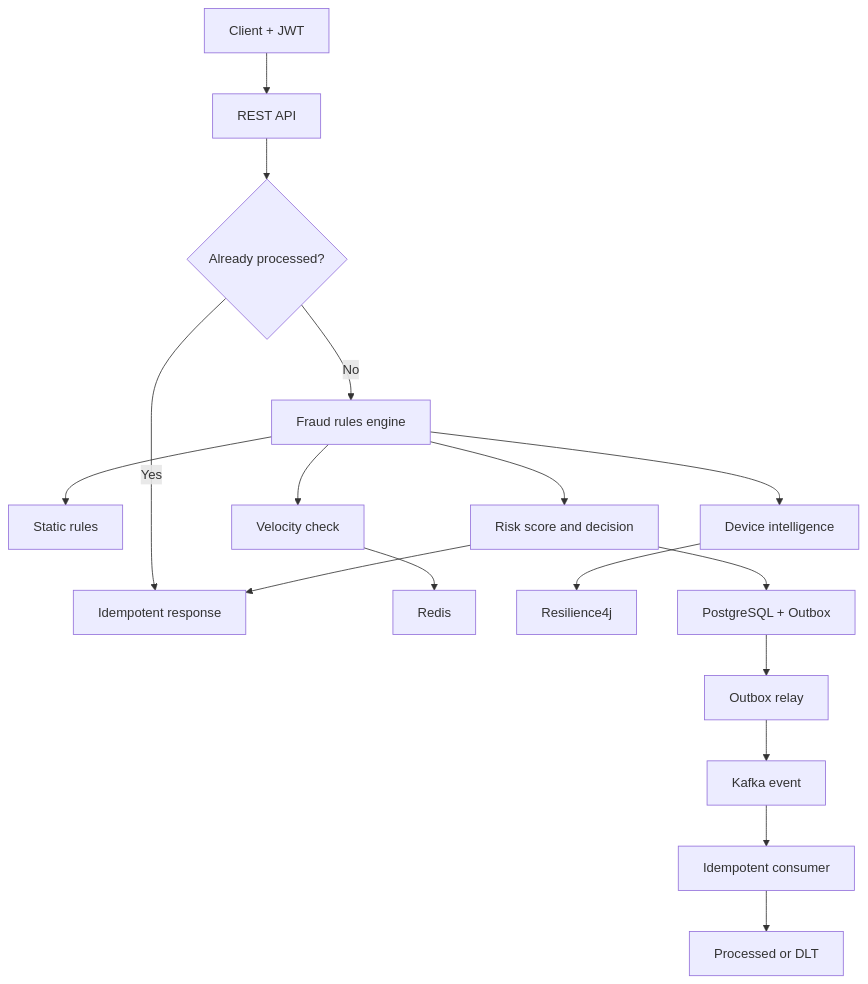
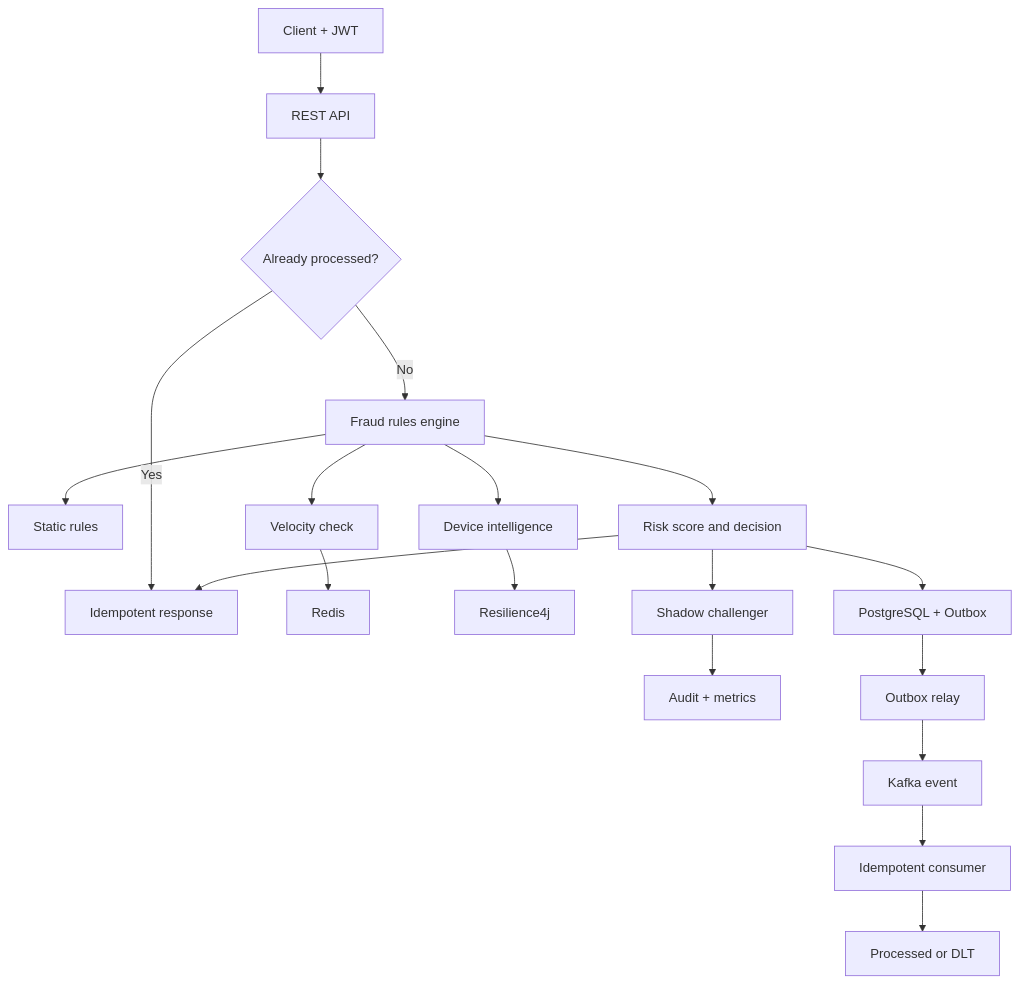
The diagram in README.md (juceliocoelho2022/sentinelfraud-platform), drawn with Mermaid before and after one commit. The commit also changed other lines of this file and 13 other files, not shown here.

Commit message:
feat: add champion challenger shadow evaluation

````diff
--- a/README.md
+++ b/README.md
@@ -56,19 +57,21 @@
 ```mermaid
 flowchart TD
     A["Client + JWT"] --> B["REST API"]
     B --> C{"Already processed?"}
     C -->|Yes| D["Idempotent response"]
     C -->|No| E["Fraud rules engine"]
     E --> F["Static rules"]
     E --> G["Velocity check"]
     G --> H["Redis"]
     E --> M["Device intelligence"]
     M --> N["Resilience4j"]
     E --> I["Risk score and decision"]
     I --> J["PostgreSQL + Outbox"]
+    I --> Q["Shadow challenger"]
+    Q --> R["Audit + metrics"]
     J --> K["Outbox relay"]
     K --> L["Kafka event"]
     L --> O["Idempotent consumer"]
     O --> P["Processed or DLT"]
     I --> D
 ```
````
